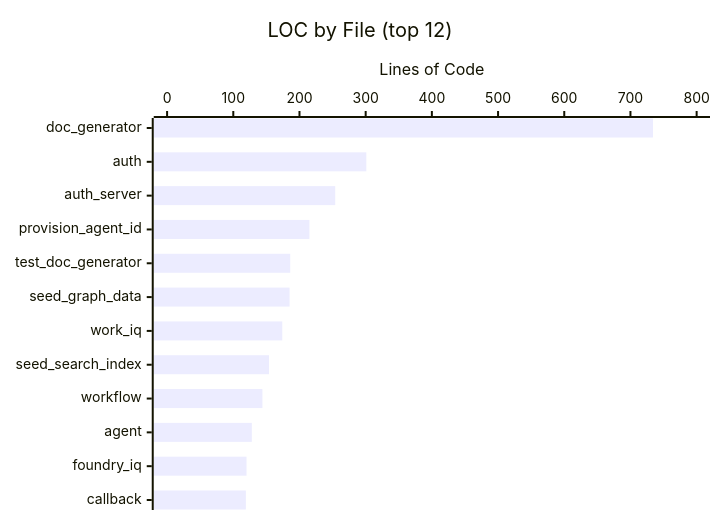
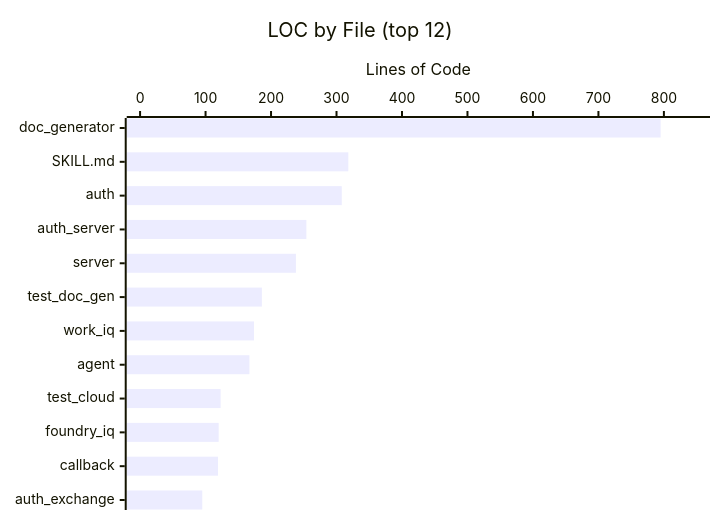
One commit to jeffhollan/sales-pitch-demo changed the second of 4 diagrams in code-analysis-report.md. Above: the diagram before and after it, drawn with Mermaid. The commit also changed other lines of this file and 1 other file, not shown here.

Commit message:
updated code analysis report

````diff
--- a/code-analysis-report.md
+++ b/code-analysis-report.md
@@ -40,7 +40,7 @@
 ```mermaid
 xychart-beta horizontal
     title "LOC by File (top 12)"
-    x-axis ["doc_generator", "auth", "auth_server", "provision_agent_id", "test_doc_generator", "seed_graph_data", "work_iq", "seed_search_index", "workflow", "agent", "foundry_iq", "callback"]
-    y-axis "Lines of Code" 0 --> 800
-    bar [734, 301, 254, 215, 186, 185, 174, 154, 144, 128, 120, 119]
+    x-axis ["doc_generator", "SKILL.md", "auth", "auth_server", "server", "test_doc_gen", "work_iq", "agent", "test_cloud", "foundry_iq", "callback", "auth_exchange"]
+    y-axis "Lines of Code" 0 --> 850
+    bar [795, 318, 308, 254, 238, 186, 174, 167, 123, 120, 119, 95]
 ```
````
